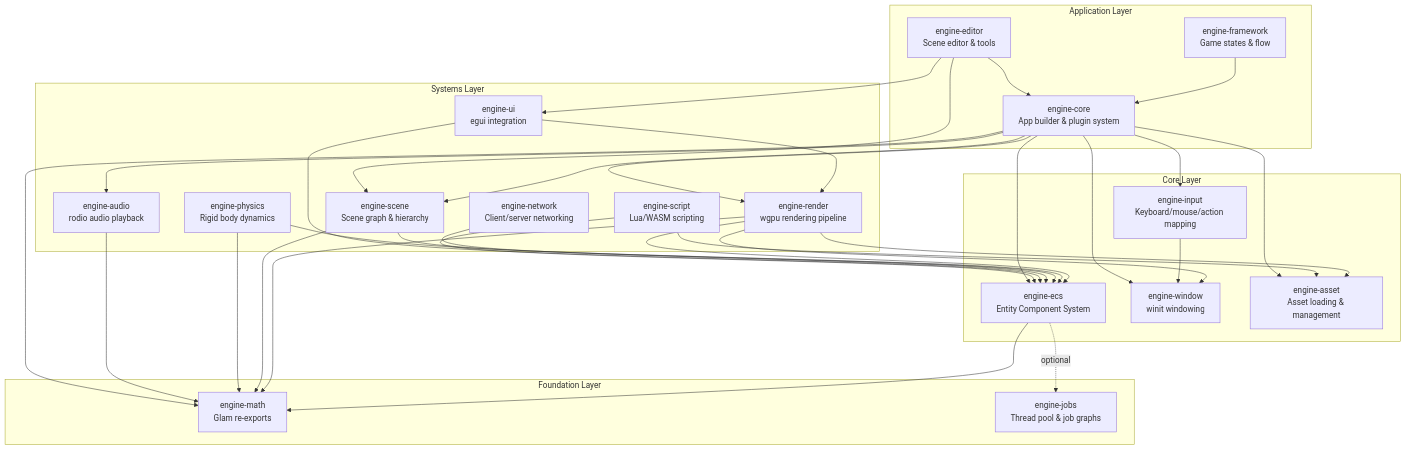
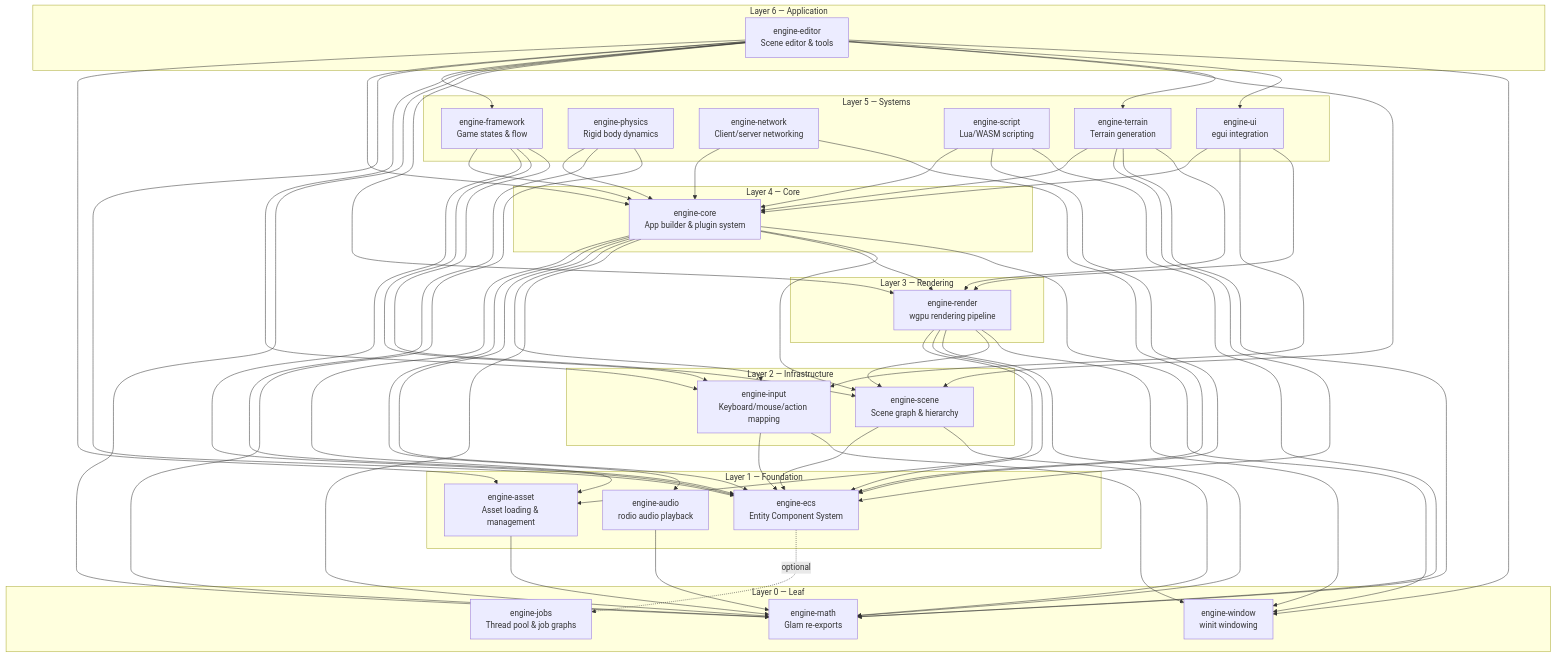
Before and after one commit to ConspiratorR/legendary-engine: the first of 3 diagrams in docs/architecture.md, drawn with Mermaid. The commit also changed other lines of this file, not shown here.

Commit message:
docs: update architecture with validated dependency layers

````diff
--- a/docs/architecture.md
+++ b/docs/architecture.md
@@ -7,63 +22,96 @@
 ```mermaid
 graph TD
-    subgraph Foundation["Foundation Layer"]
+    subgraph L0["Layer 0 — Leaf"]
         MATH[engine-math<br/>Glam re-exports]
         JOBS[engine-jobs<br/>Thread pool & job graphs]
+        WINDOW[engine-window<br/>winit windowing]
     end
 
-    subgraph Core["Core Layer"]
+    subgraph L1["Layer 1 — Foundation"]
+        AUDIO[engine-audio<br/>rodio audio playback]
+        ASSET[engine-asset<br/>Asset loading & management]
         ECS[engine-ecs<br/>Entity Component System]
-        WINDOW[engine-window<br/>winit windowing]
-        INPUT[engine-input<br/>Keyboard/mouse/action mapping]
-        ASSET[engine-asset<br/>Asset loading & management]
     end
 
-    subgraph Systems["Systems Layer"]
+    subgraph L2["Layer 2 — Infrastructure"]
         SCENE[engine-scene<br/>Scene graph & hierarchy]
-        RENDER[engine-render<br/>wgpu rendering pipeline]
-        PHYSICS[engine-physics<br/>Rigid body dynamics]
-        AUDIO[engine-audio<br/>rodio audio playback]
-        NETWORK[engine-network<br/>Client/server networking]
-        UI[engine-ui<br/>egui integration]
-        SCRIPT[engine-script<br/>Lua/WASM scripting]
+        INPUT[engine-input<br/>Keyboard/mouse/action mapping]
     end
 
-    subgraph App["Application Layer"]
-        FRAMEWORK[engine-framework<br/>Game states & flow]
-        EDITOR[engine-editor<br/>Scene editor & tools]
+    subgraph L3["Layer 3 — Rendering"]
+        RENDER[engine-render<br/>wgpu rendering pipeline]
+    end
+
+    subgraph L4["Layer 4 — Core"]
         CORE[engine-core<br/>App builder & plugin system]
     end
 
-    ECS --> MATH
-    RENDER --> MATH
-    RENDER --> ECS
-    RENDER --> ASSET
-    RENDER --> WINDOW
+    subgraph L5["Layer 5 — Systems"]
+        FRAMEWORK[engine-framework<br/>Game states & flow]
+        PHYSICS[engine-physics<br/>Rigid body dynamics]
+        NETWORK[engine-network<br/>Client/server networking]
+        SCRIPT[engine-script<br/>Lua/WASM scripting]
+        UI[engine-ui<br/>egui integration]
+        TERRAIN[engine-terrain<br/>Terrain generation]
+    end
+
+    subgraph L6["Layer 6 — Application"]
+        EDITOR[engine-editor<br/>Scene editor & tools]
+    end
+
+    AUDIO --> MATH
+    ASSET --> MATH
+    ECS -.->|optional| JOBS
+
     SCENE --> ECS
     SCENE --> MATH
+    INPUT --> ECS
     INPUT --> WINDOW
+
+    RENDER --> ASSET
+    RENDER --> ECS
+    RENDER --> MATH
+    RENDER --> SCENE
+    RENDER --> WINDOW
+
+    CORE --> ASSET
+    CORE --> AUDIO
+    CORE --> ECS
+    CORE --> INPUT
+    CORE --> MATH
+    CORE --> RENDER
+    CORE --> SCENE
+    CORE --> WINDOW
+
+    FRAMEWORK --> CORE
+    FRAMEWORK --> ECS
+    FRAMEWORK --> INPUT
+    FRAMEWORK --> SCENE
+    PHYSICS --> CORE
     PHYSICS --> ECS
     PHYSICS --> MATH
-    AUDIO --> MATH
+    NETWORK --> CORE
     NETWORK --> ECS
-    UI --> ECS
+    SCRIPT --> CORE
+    SCRIPT --> ECS
+    SCRIPT --> MATH
+    UI --> CORE
+    UI --> INPUT
     UI --> RENDER
-    SCRIPT --> ECS
-    SCRIPT --> ASSET
+    TERRAIN --> CORE
+    TERRAIN --> ECS
+    TERRAIN --> MATH
+    TERRAIN --> RENDER
 
-    CORE --> ECS
-    CORE --> SCENE
-    CORE --> RENDER
-    CORE --> INPUT
-    CORE --> ASSET
-    CORE --> WINDOW
-    CORE --> MATH
-    CORE --> AUDIO
-
-    FRAMEWORK --> CORE
+    EDITOR --> ASSET
     EDITOR --> CORE
+    EDITOR --> ECS
+    EDITOR --> FRAMEWORK
+    EDITOR --> INPUT
+    EDITOR --> MATH
+    EDITOR --> RENDER
+    EDITOR --> SCENE
+    EDITOR --> TERRAIN
     EDITOR --> UI
-    EDITOR --> SCENE
-
-    ECS -.->|optional| JOBS
+    EDITOR --> WINDOW
 ```
````
